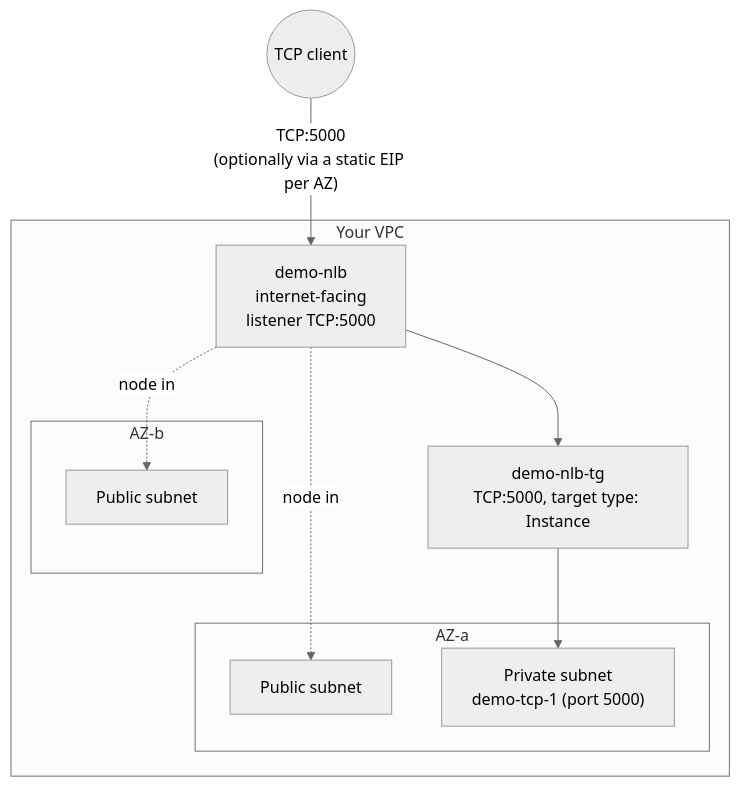
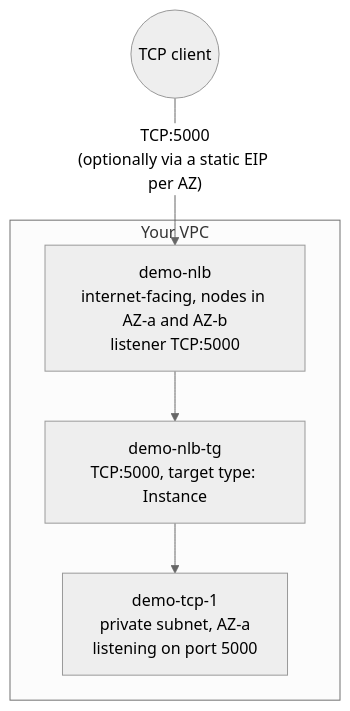
One commit to msdeepak052/AWS_Imp_Concepts changed the diagram in EC2/LoadBalancer/10-Network-Load-Balancer-HandsOn.md. Above: the diagram before and after it, drawn with Mermaid (neutral theme). The commit also changed 11 other files, not shown here.

Commit message:
Mermaid Diagram fixed

````diff
--- a/EC2/LoadBalancer/10-Network-Load-Balancer-HandsOn.md
+++ b/EC2/LoadBalancer/10-Network-Load-Balancer-HandsOn.md
@@ -112,19 +112,9 @@
 ```mermaid
 flowchart TD
-    CLIENT(("TCP client")) -->|"TCP:5000<br/>(optionally via a static EIP per AZ)"| NLB["demo-nlb<br/>internet-facing<br/>listener TCP:5000"]
+    CLIENT(("TCP client")) -->|"TCP:5000<br/>(optionally via a static EIP per AZ)"| NLB["demo-nlb<br/>internet-facing, nodes in AZ-a and AZ-b<br/>listener TCP:5000"]
 
     subgraph VPC["Your VPC"]
-        subgraph AZ_A["AZ-a"]
-            PUB1["Public subnet"]
-            PRIV1["Private subnet<br/>demo-tcp-1 (port 5000)"]
-        end
-        subgraph AZ_B["AZ-b"]
-            PUB2["Public subnet"]
-        end
-
-        NLB -.->|"node in"| PUB1
-        NLB -.->|"node in"| PUB2
         NLB --> TG["demo-nlb-tg<br/>TCP:5000, target type: Instance"]
-        TG --> PRIV1
+        TG --> PRIV1["demo-tcp-1<br/>private subnet, AZ-a<br/>listening on port 5000"]
     end
 ```
````
